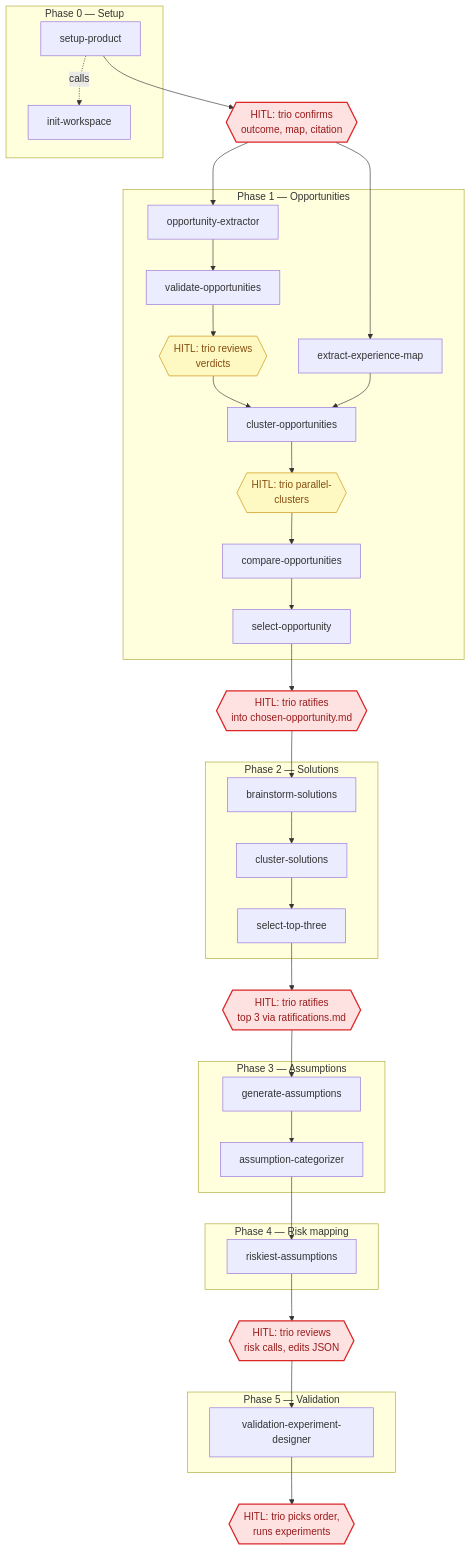
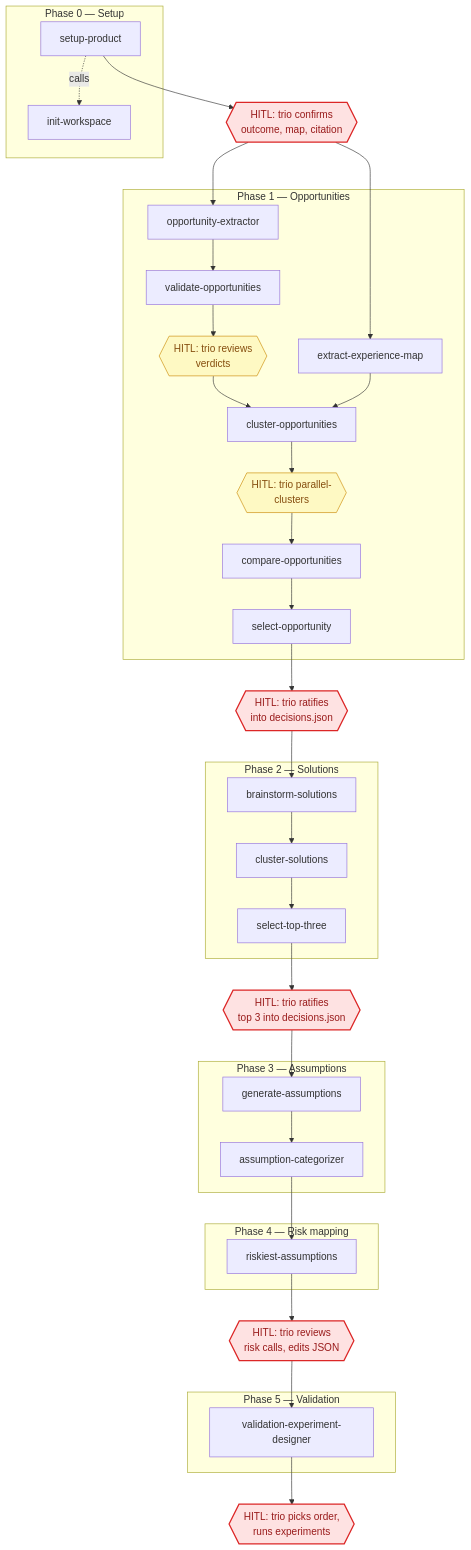
The diagram in product-discovery/README.md (scilla-studio-stockholm/claude-plugins), drawn with Mermaid before and after one commit. The commit also changed other lines of this file and 1 other file, not shown here.

Commit message:
docs: document decisions.json in README and update CLAUDE.md

````diff
--- a/product-discovery/README.md
+++ b/product-discovery/README.md
@@ -46,64 +48,64 @@
 ```mermaid
 flowchart TD
     subgraph phase0 ["Phase 0 — Setup"]
         setup["setup-product"]
         init["init-workspace"]
         setup -.->|"calls"| init
     end
 
     h_setup{{"HITL: trio confirms\noutcome, map, citation"}}:::required
 
     subgraph phase1 ["Phase 1 — Opportunities"]
         xmap["extract-experience-map"]
         extract["opportunity-extractor"]
         validate["validate-opportunities"]
         h_validate{{"HITL: trio reviews\nverdicts"}}:::optional
         cluster_o["cluster-opportunities"]
         h_cluster{{"HITL: trio parallel-\nclusters"}}:::optional
         compare["compare-opportunities"]
         select_o["select-opportunity"]
     end
 
-    h_ratify{{"HITL: trio ratifies\ninto chosen-opportunity.md"}}:::required
+    h_ratify{{"HITL: trio ratifies\ninto decisions.json"}}:::required
 
     subgraph phase2 ["Phase 2 — Solutions"]
         brainstorm["brainstorm-solutions"]
         cluster_s["cluster-solutions"]
         top3["select-top-three"]
     end
 
-    h_top3{{"HITL: trio ratifies\ntop 3 via ratifications.md"}}:::required
+    h_top3{{"HITL: trio ratifies\ntop 3 into decisions.json"}}:::required
 
     subgraph phase3 ["Phase 3 — Assumptions"]
         gen["generate-assumptions"]
         categorize["assumption-categorizer"]
     end
 
     subgraph phase4 ["Phase 4 — Risk mapping"]
         riskiest["riskiest-assumptions"]
     end
 
     h_riskiest{{"HITL: trio reviews\nrisk calls, edits JSON"}}:::required
 
     subgraph phase5 ["Phase 5 — Validation"]
         experiment["validation-experiment-designer"]
     end
 
     h_run{{"HITL: trio picks order,\nruns experiments"}}:::required
 
     setup --> h_setup
     h_setup --> xmap
     h_setup --> extract
     extract --> validate --> h_validate --> cluster_o --> h_cluster --> compare --> select_o
     xmap --> cluster_o
     select_o --> h_ratify --> brainstorm
     brainstorm --> cluster_s --> top3
     top3 --> h_top3 --> gen
     gen --> categorize
     categorize --> riskiest
     riskiest --> h_riskiest --> experiment
     experiment --> h_run
 
     classDef required fill:#fee2e2,stroke:#dc2626,stroke-width:2px,color:#991b1b
     classDef optional fill:#fef9c3,stroke:#ca8a04,stroke-width:1px,color:#854d0e
 ```
````
